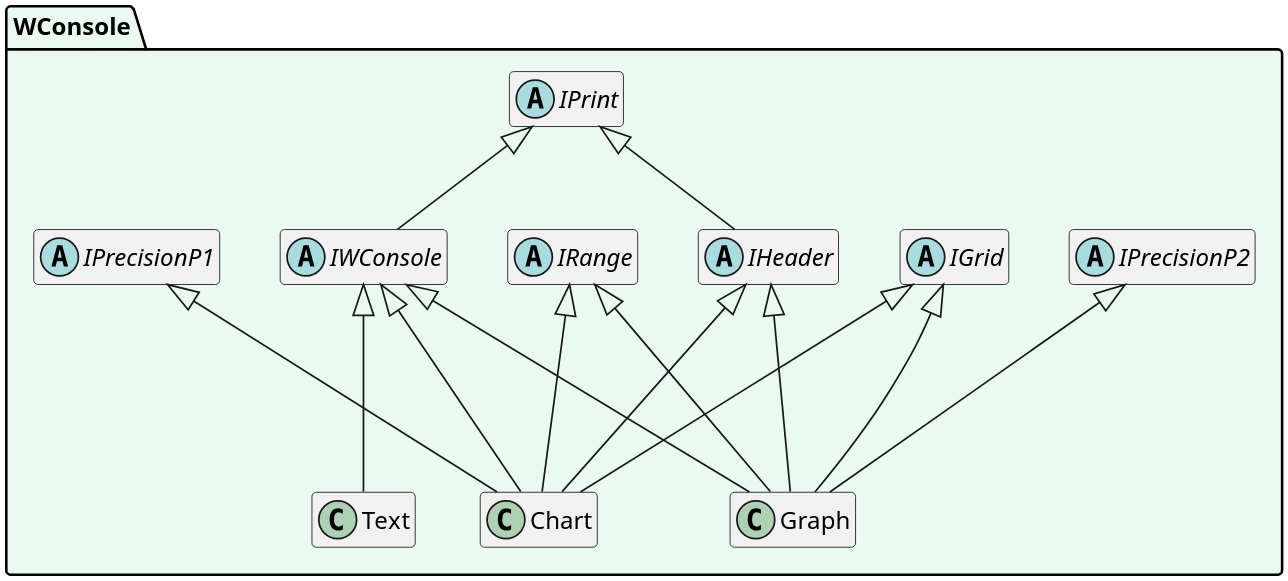
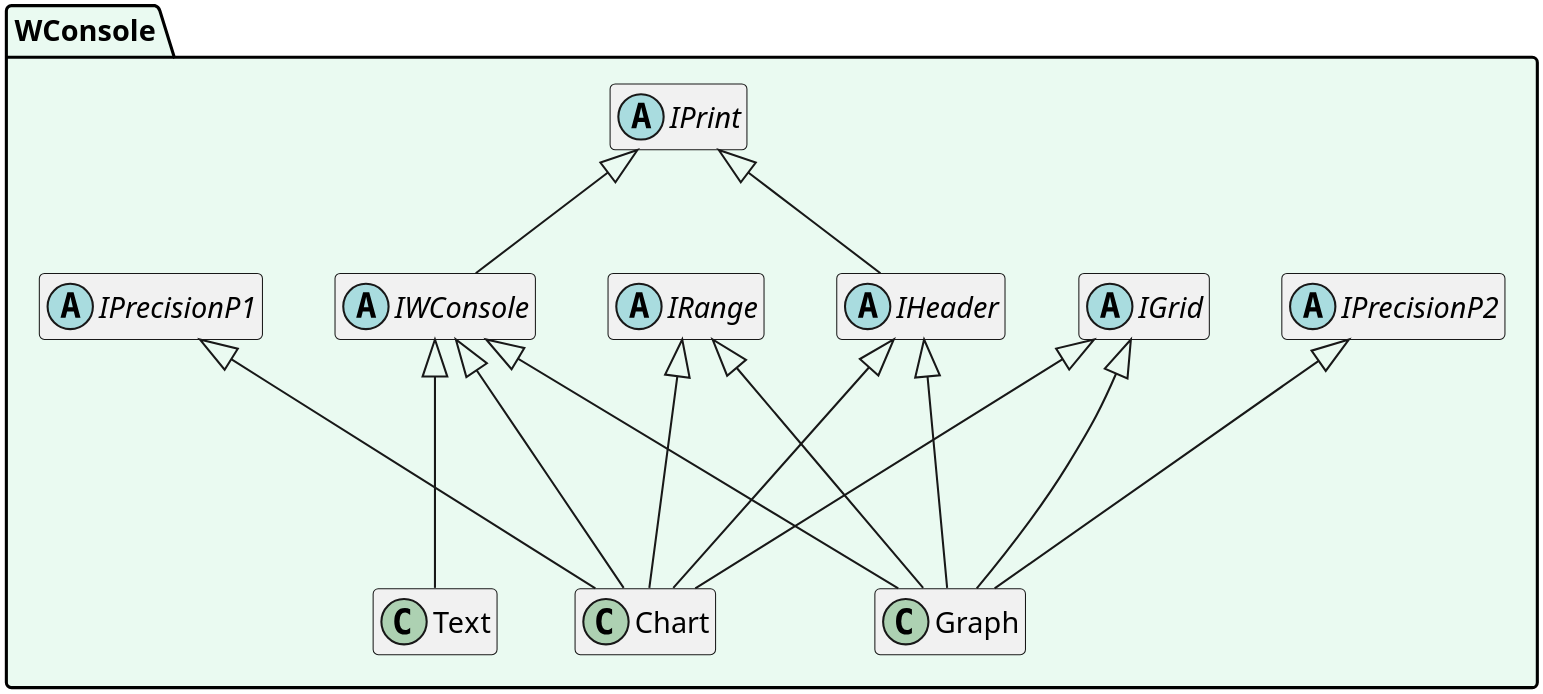
One commit to SergioStopkin/WideConsole changed the diagram in doc/UMLClass.md. Above: the diagram before and after it, drawn with PlantUML.

Commit message:
Test some styles

````diff
--- a/doc/UMLClass.md
+++ b/doc/UMLClass.md
@@ -1,42 +1,42 @@
 ```plantuml
 @startuml
 
-scale 1300 width
-scale 1000 height
+scale 1600 width
+scale 1200 height
 
 hide empty members
 
 namespace WConsole #EAFAF1 {
 
 abstract class IGrid
 abstract class IHeader
 abstract class IPrecisionP1
 abstract class IPrecisionP2
 abstract class IPrint
 abstract class IRange
 abstract class IWConsole
 class Chart
 class Graph
 class Text
 
 IPrint <|-- IHeader
 IPrint <|-- IWConsole
 
 IWConsole    <|--- Chart
 IHeader      <|--- Chart
 IPrecisionP1 <|---  Chart
 IRange       <|---  Chart
 IGrid        <|---  Chart
 
 IWConsole    <|--- Graph
 IHeader      <|--- Graph
 IPrecisionP2 <|---  Graph
 IRange       <|---  Graph
 IGrid        <|---  Graph
 
 IWConsole <|--- Text
 
 }
 
 @enduml
 ```
````
